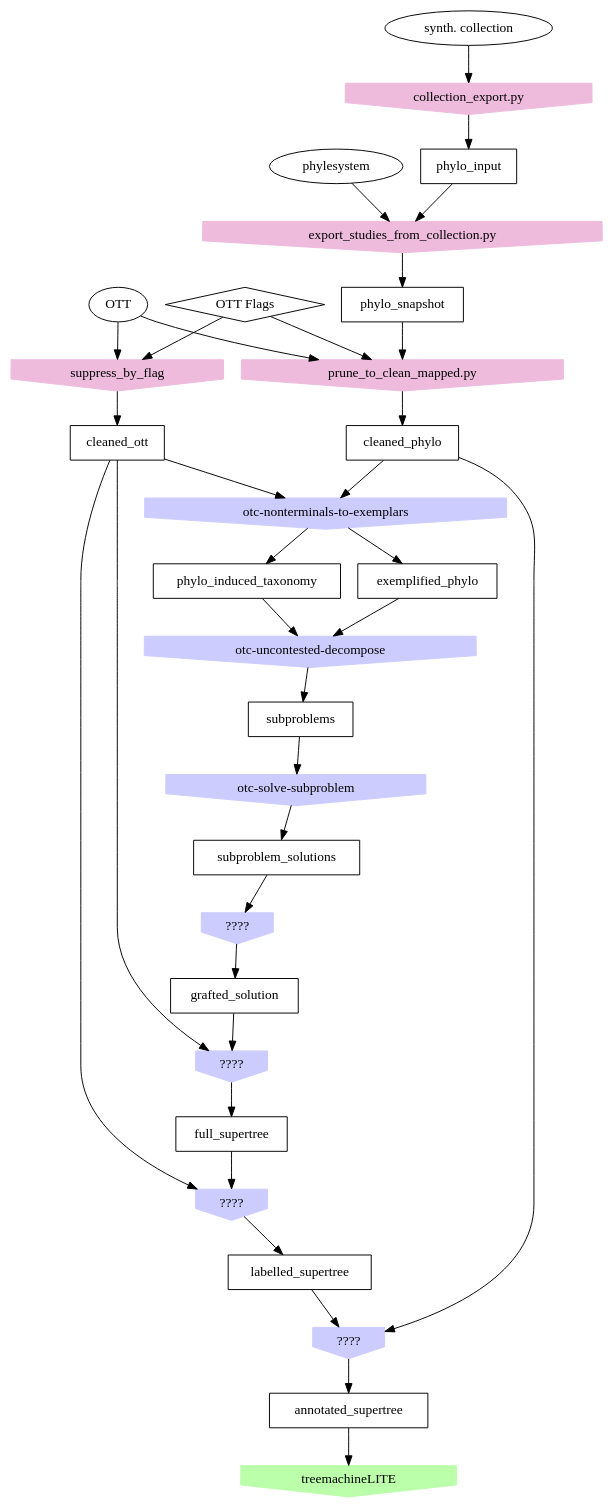
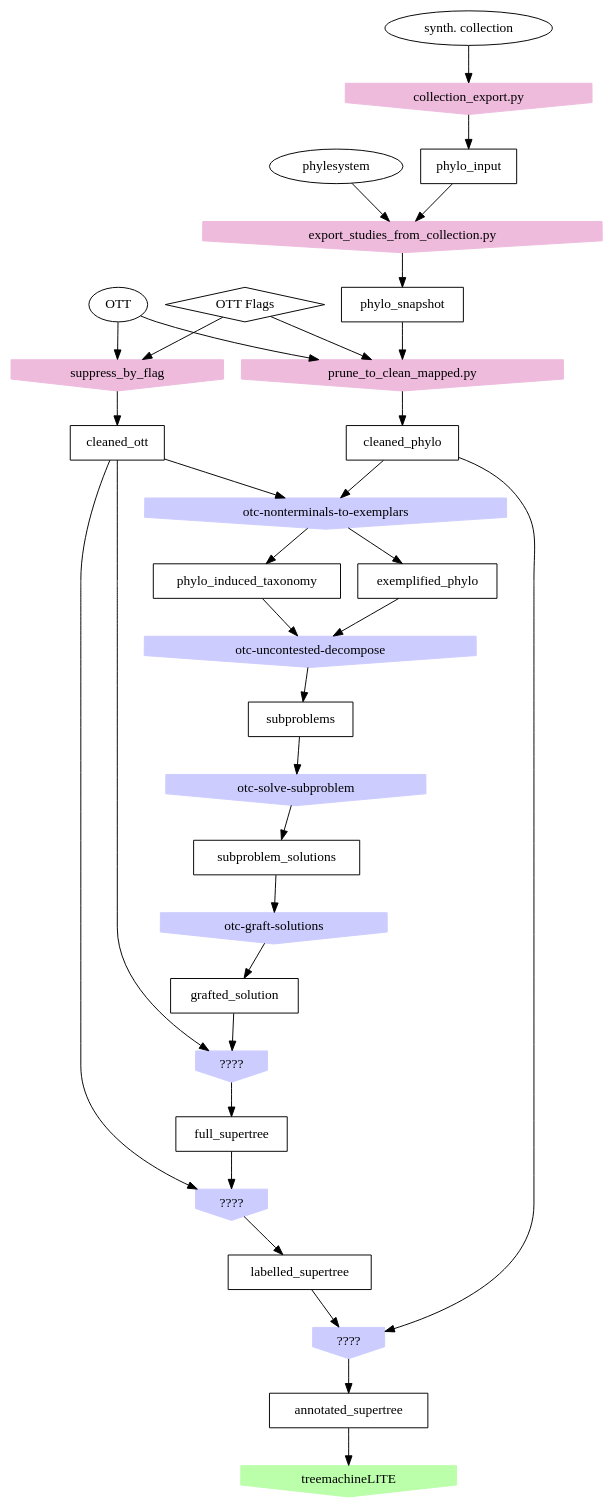
The diagram in doc/pipeline-tools.dot (OpenTreeOfLife/propinquity), drawn with Graphviz before and after one commit. The commit also changed 1 other file, not shown here.

Commit message:
Update flow chart for otc-graft-solutions

```diff
--- a/doc/pipeline-tools.dot
+++ b/doc/pipeline-tools.dot
@@ -1,78 +1,78 @@
 digraph P {
     ottflags [shape=diamond label="OTT Flags"];
     ott [shape=oval label="OTT"];
     phylesystem [shape=oval label="phylesystem"];
     synthcoll [shape=oval label="synth. collection"];
 
     cleanedotttool [shape=invhouse label="suppress_by_flag", style=filled, color="#EEBBDD"];
     cleanedott [shape=box label="cleaned_ott"];
     ott -> cleanedotttool ;
     ottflags -> cleanedotttool;
     cleanedotttool ->cleanedott;
 
     phyloinputtool [shape=invhouse label="collection_export.py", style=filled, color="#EEBBDD"];
     phyloinput [shape=box label="phylo_input"];
     synthcoll -> phyloinputtool ;
     phyloinputtool -> phyloinput;
 
     phylosnapshottool [shape=invhouse label="export_studies_from_collection.py", style=filled, color="#EEBBDD"];
     phylosnapshot [shape=box label="phylo_snapshot"];
     phyloinput -> phylosnapshottool ;
     phylesystem -> phylosnapshottool ;
     phylosnapshottool ->phylosnapshot;
 
     cleanedphylotool [shape=invhouse label="prune_to_clean_mapped.py", style=filled, color="#EEBBDD"];
     cleanedphylo [shape=box label="cleaned_phylo"];
     phylosnapshot -> cleanedphylotool ;
     ottflags -> cleanedphylotool ;
     ott -> cleanedphylotool ;
     cleanedphylotool -> cleanedphylo;
 
     phyloinducedtaxonomytool [shape=invhouse label="otc-nonterminals-to-exemplars" style=filled color="#CCCCFF"];
     phyloinducedtaxonomy [shape=box label="phylo_induced_taxonomy"];
     exemplifiedphylo [shape=box label="exemplified_phylo"];
     cleanedphylo -> phyloinducedtaxonomytool;
     cleanedott -> phyloinducedtaxonomytool;
     phyloinducedtaxonomytool -> phyloinducedtaxonomy;
     phyloinducedtaxonomytool -> exemplifiedphylo;
 
 
 
     subproblemstool [shape=invhouse label="otc-uncontested-decompose" style=filled color="#CCCCFF"];
     subproblems [shape=box label="subproblems"];
     phyloinducedtaxonomy -> subproblemstool;
     exemplifiedphylo -> subproblemstool;
     subproblemstool -> subproblems;
 
     subproblemsolntool [shape=invhouse label="otc-solve-subproblem" style=filled color="#CCCCFF"];
     subproblemsoln [shape=box label="subproblem_solutions"];
     subproblems -> subproblemsolntool;
     subproblemsolntool -> subproblemsoln;
 
-    graftedsolntool [shape=invhouse label="????" style=filled color="#CCCCFF"];
+    graftedsolntool [shape=invhouse label="otc-graft-solutions" style=filled color="#CCCCFF"];
     graftedsoln [shape=box label="grafted_solution"];
     subproblemsoln -> graftedsolntool;
     graftedsolntool -> graftedsoln;
 
     supertreetopotool [shape=invhouse label="????" style=filled color="#CCCCFF"];
     supertreetopo [shape=box label="full_supertree"];
     graftedsoln -> supertreetopotool;
     cleanedott -> supertreetopotool;
     supertreetopotool -> supertreetopo;
 
     taxolabelledsupertreetool [shape=invhouse label="????" style=filled color="#CCCCFF"];
     taxolabelledsupertree [shape=box label="labelled_supertree"];
     cleanedott -> taxolabelledsupertreetool;
     supertreetopo -> taxolabelledsupertreetool;
     taxolabelledsupertreetool -> taxolabelledsupertree;
 
     supertreewithsupporttool [shape=invhouse label="????" style=filled color="#CCCCFF"];
     supertreewithsupport [shape=box label="annotated_supertree"];
     taxolabelledsupertree -> supertreewithsupporttool;
     cleanedphylo -> supertreewithsupporttool;
     supertreewithsupporttool -> supertreewithsupport;
 
     treemachineLite [shape=invhouse label="treemachineLITE" style=filled color="#BBFFAA"];
     supertreewithsupport -> treemachineLite;
 
 }
```
